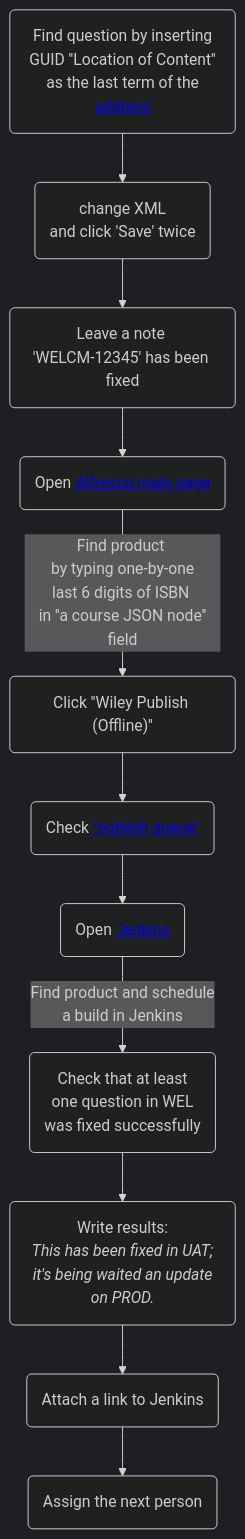
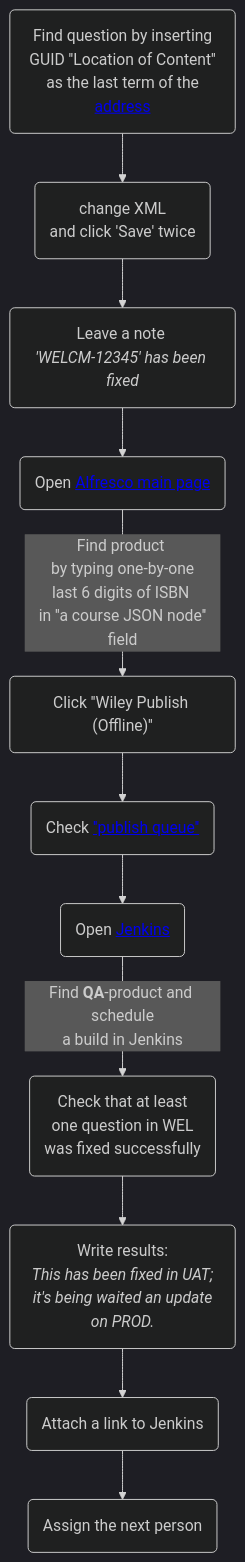
One commit to e-io/ticket-handlers-backup changed the second of 2 diagrams in Diagrams.md. Above: the diagram before and after it, drawn with Mermaid (dark theme). The commit also changed other lines of this file, not shown here.

Commit message:
Update Diagrams.md. link to the xlsx with current products is added.

````diff
--- a/Diagrams.md
+++ b/Diagrams.md
@@ -39,23 +40,23 @@
 ```mermaid
 graph TD
     QInAlfreco("Find question by inserting\nGUID ''Location of Content''\n as the last term of the <a href='http://ec2-34-233-201-87.compute-1.amazonaws.com:9090/share/page/site//document-details?nodeRef=workspace://SpacesStore/06cd5372-fca5-42d4-a9ff-6abea34d5b81'>address</a>") -->  inlineEdit("change XML \nand click 'Save' twice")
     
-    inlineEdit --> note("Leave a note \n'WELCM-12345' has been fixed")
+    inlineEdit --> note("Leave a note \n<i>'WELCM-12345' has been fixed</i>")
     
     note --> Alfresco("Open <a href='http://ec2-34-233-201-87.compute-1.amazonaws.com:9090/share/page/documentlibrary#filter=path%7C%2FWiley%20Content%2FProducts'>Alfresco main page</a>")
     
     Alfresco --> |Find product \nby typing one-by-one\nlast 6 digits of ISBN \n in ''a course JSON node'' field| publish("Click ''Wiley Publish (Offline)''")
     
     publish --> checkQueue("Check <a href='http://ec2-34-233-201-87.compute-1.amazonaws.com:9090/share/page/queue-publish'>''publish queue''</a>")
     
     checkQueue -->Jenkins("Open <a href='http://ci.efficientlearning.com'>Jenkins</a>")
     
     
-    Jenkins --> |Find product and schedule\na build in Jenkins| CheckWEL("Check that at least \none question in WEL\nwas fixed successfully")
+    Jenkins --> |Find <b>QA</b>-product and schedule\na build in Jenkins| CheckWEL("Check that at least \none question in WEL\nwas fixed successfully")
     
     CheckWEL --> Comment("Write results:\n<i>This has been fixed in UAT;\n it's being waited an update on PROD.</i>")
     
     Comment --> JenkinsLink("Attach a link to Jenkins")
     
     JenkinsLink --> Assign("Assign the next person")
 ```
````
